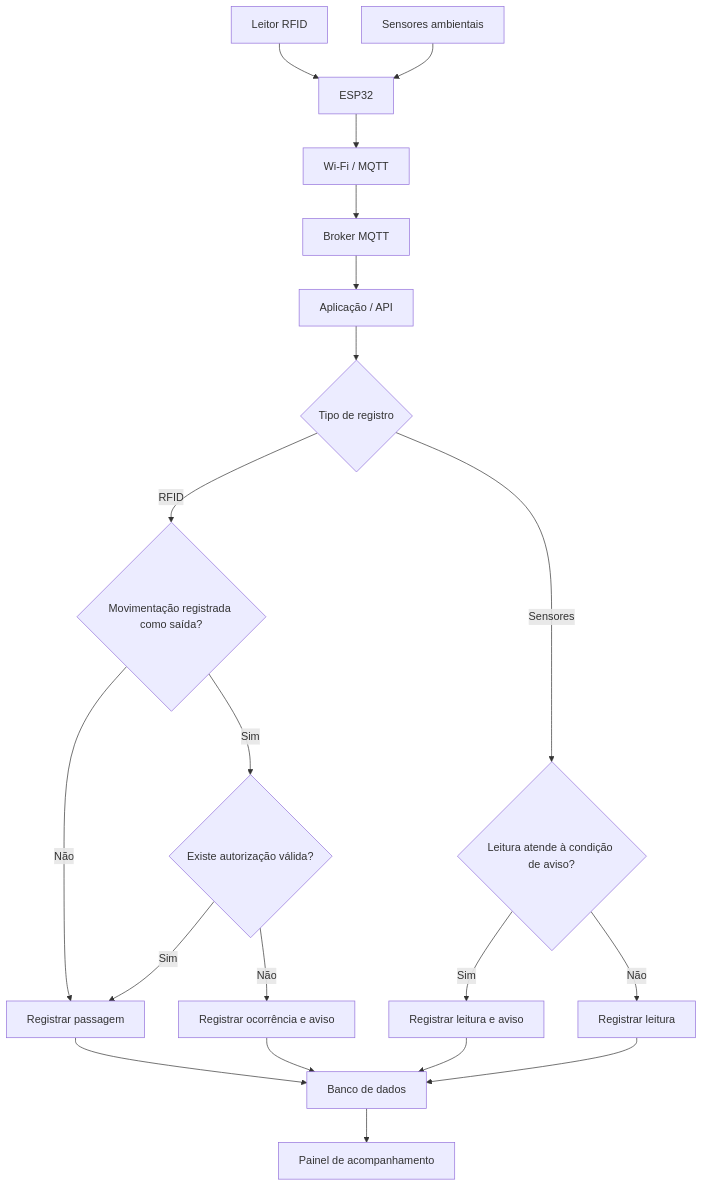
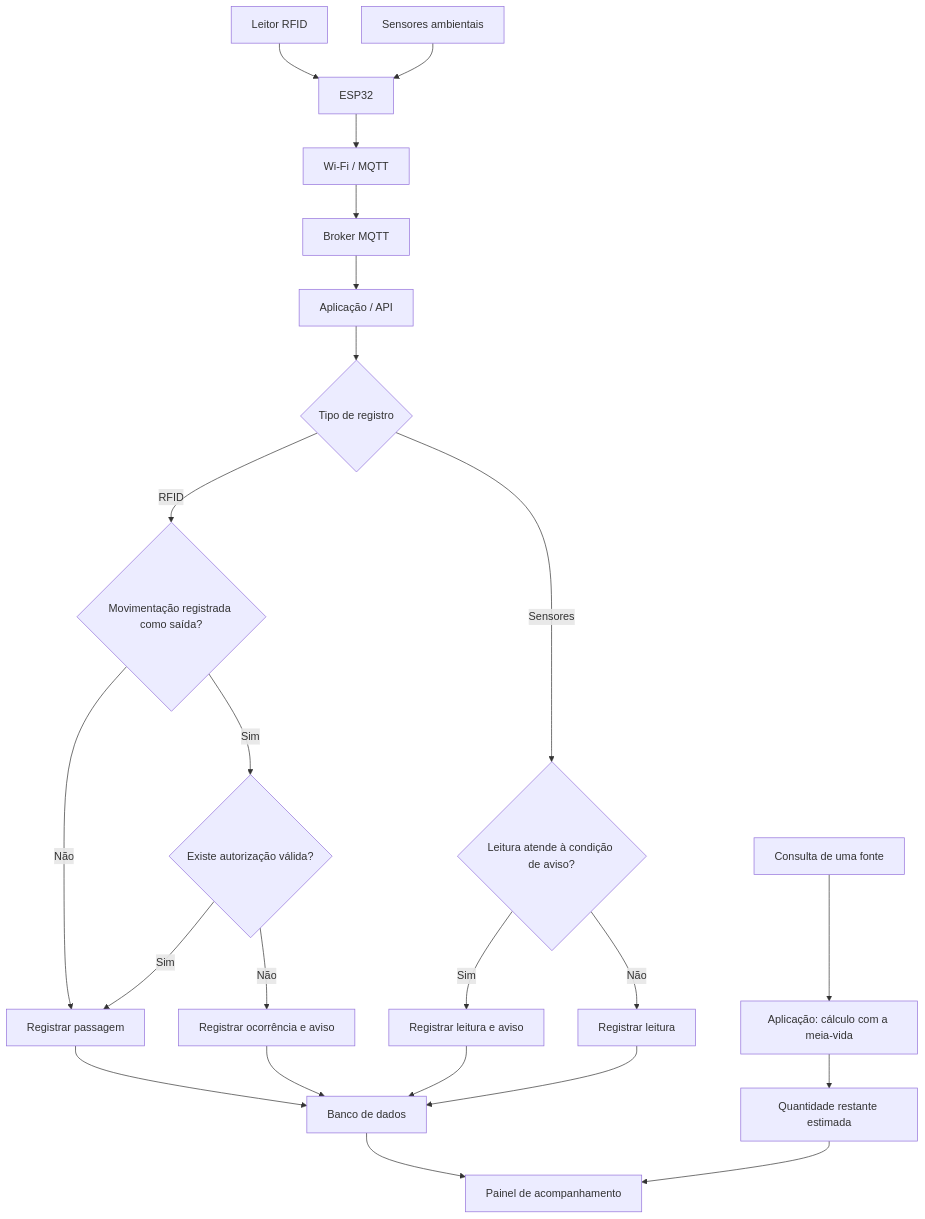
The diagram in diagramas/fluxo-de-informacoes.md (guidabuul/Trunfo-Atomico-IoT), drawn with Mermaid before and after one commit. The commit also changed other lines of this file and 2 other files, not shown here.

````diff
--- a/diagramas/fluxo-de-informacoes.md
+++ b/diagramas/fluxo-de-informacoes.md
@@ -7,25 +7,29 @@
 ```mermaid
 flowchart TD
     A["Leitor RFID"] --> C["ESP32"]
     B["Sensores ambientais"] --> C
     C --> D["Wi-Fi / MQTT"]
     D --> E["Broker MQTT"]
     E --> F["Aplicação / API"]
     F --> G{"Tipo de registro"}
 
     G -->|RFID| H{"Movimentação registrada como saída?"}
     H -->|Sim| I{"Existe autorização válida?"}
     H -->|Não| J["Registrar passagem"]
     I -->|Sim| J
     I -->|Não| K["Registrar ocorrência e aviso"]
 
     G -->|Sensores| L{"Leitura atende à condição de aviso?"}
     L -->|Sim| M["Registrar leitura e aviso"]
     L -->|Não| N["Registrar leitura"]
 
     J --> O["Banco de dados"]
     K --> O
     M --> O
     N --> O
     O --> P["Painel de acompanhamento"]
+
+    Q["Consulta de uma fonte"] --> R["Aplicação: cálculo com a meia-vida"]
+    R --> S["Quantidade restante estimada"]
+    S --> P
 ```
````
